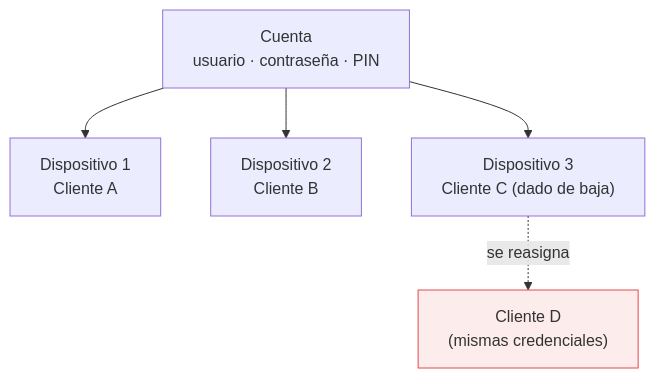
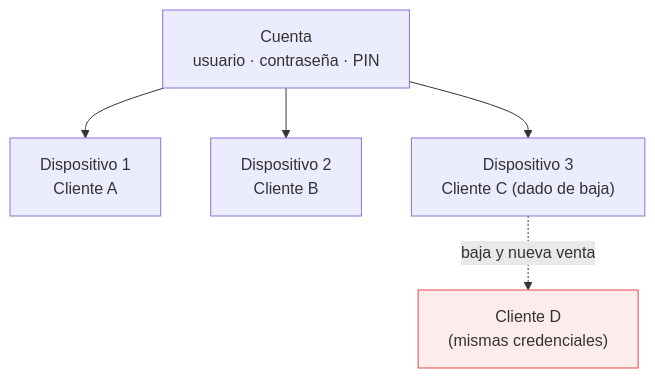
Before and after one commit to Leonel-18/iptvcontrol: the diagram in vault/90 - Decisiones/Riesgo aceptado - contraseña compartida.md, drawn with Mermaid. The commit also changed other lines of this file and 115 other files, not shown here.

````diff
--- a/vault/90 - Decisiones/Riesgo aceptado - contraseña compartida.md
+++ b/vault/90 - Decisiones/Riesgo aceptado - contraseña compartida.md
@@ -19,11 +20,11 @@
 ```mermaid
 graph TB
     C["Cuenta<br/>usuario · contraseña · PIN"]
     C --> D1["Dispositivo 1<br/>Cliente A"]
     C --> D2["Dispositivo 2<br/>Cliente B"]
     C --> D3["Dispositivo 3<br/>Cliente C (dado de baja)"]
-    D3 -.->|"se reasigna"| D4["Cliente D<br/>(mismas credenciales)"]
+    D3 -.->|"baja y nueva venta"| D4["Cliente D<br/>(mismas credenciales)"]
 
     classDef riesgo fill:#FDECEC,stroke:#E5484D
     class D4 riesgo
 ```
````
